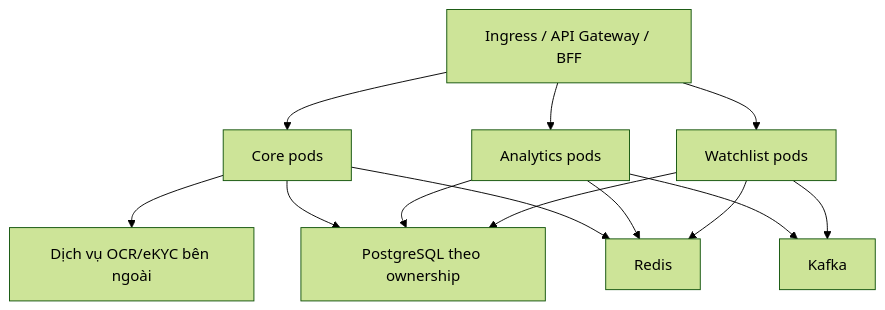
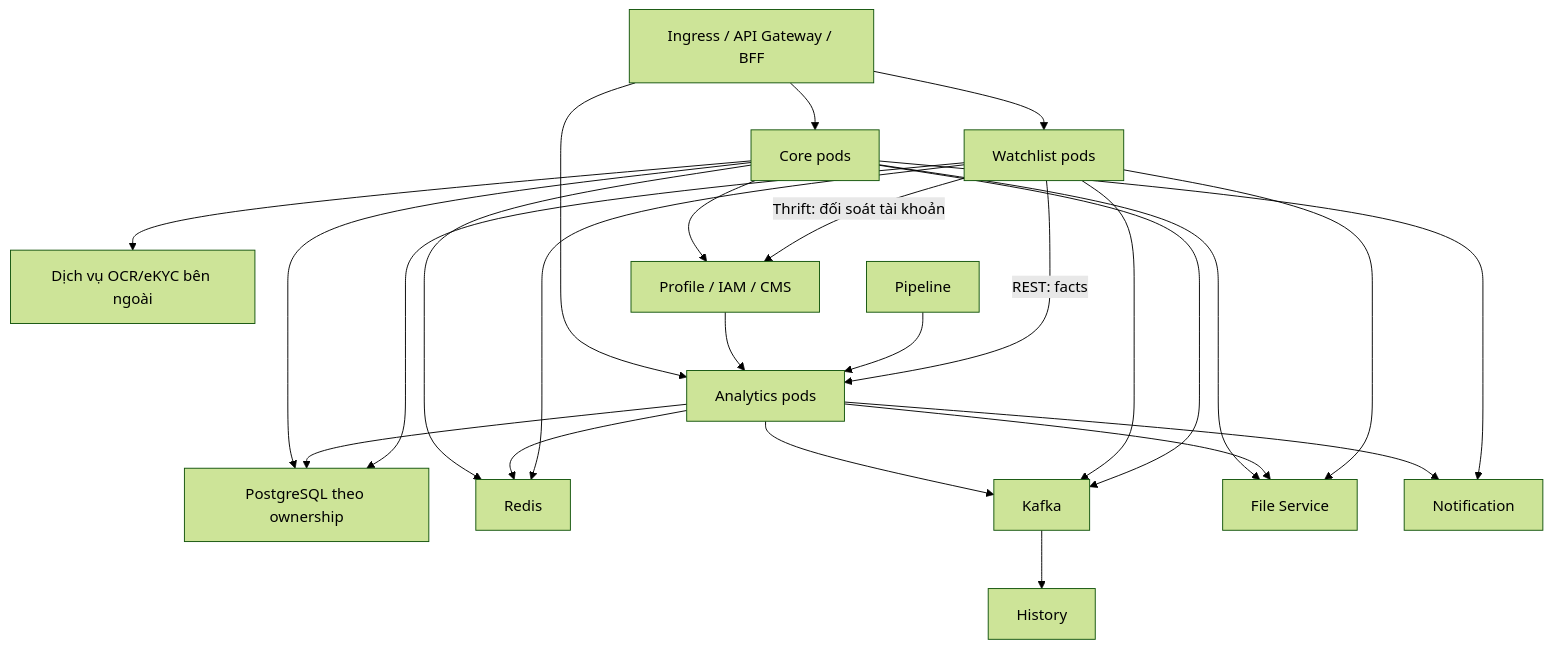
Before and after one commit to huynv-xyz/vhm-tdd: diagram 12 of 12 in cobroker/ttd-cobroker.md, drawn with Mermaid (forest theme). The commit also changed other lines of this file and 13 other files, not shown here.

Commit message:
docs: strengthen Cobroker design after architecture review

````diff
--- a/cobroker/ttd-cobroker.md
+++ b/cobroker/ttd-cobroker.md
@@ -1022,15 +1215,27 @@
 ```mermaid
 flowchart TB
     G["Ingress / API Gateway / BFF"] --> C["Core pods"]
     G --> A["Analytics pods"]
     G --> W["Watchlist pods"]
     C --> E["Dịch vụ OCR/eKYC bên ngoài"]
     C --> DB["PostgreSQL theo ownership"]
     A --> DB
     W --> DB
     C --> R["Redis"]
     A --> R
     W --> R
     A --> K["Kafka"]
     W --> K
+    C --> K
+    C --> P["Profile / IAM / CMS"]
+    W -->|"Thrift: đối soát tài khoản"| P
+    P --> A
+    PL["Pipeline"] --> A
+    W -->|"REST: facts"| A
+    C --> F["File Service"]
+    A --> F
+    W --> F
+    A --> N["Notification"]
+    C --> N
+    K --> H["History"]
 ```
````
